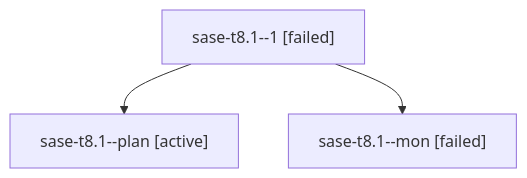
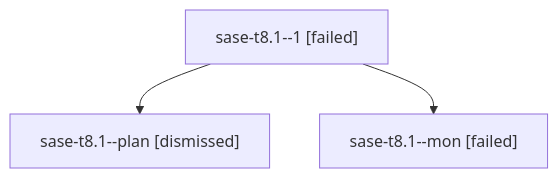
The diagram in sessions/bbugyi200.athena.sase-t8.1.md (sase-org/sase--agents), drawn with Mermaid before and after one commit. The commit also changed other lines of this file and 189 other files, not shown here.

````diff
--- a/sessions/bbugyi200.athena.sase-t8.1.md
+++ b/sessions/bbugyi200.athena.sase-t8.1.md
@@ -9,8 +9,8 @@
 ```mermaid
 flowchart TD
   n0["sase-t8.1--1 [failed]"]
-  n1["sase-t8.1--plan [active]"]
+  n1["sase-t8.1--plan [dismissed]"]
   n0 --> n1
   n2["sase-t8.1--mon [failed]"]
   n0 --> n2
 ```
````
